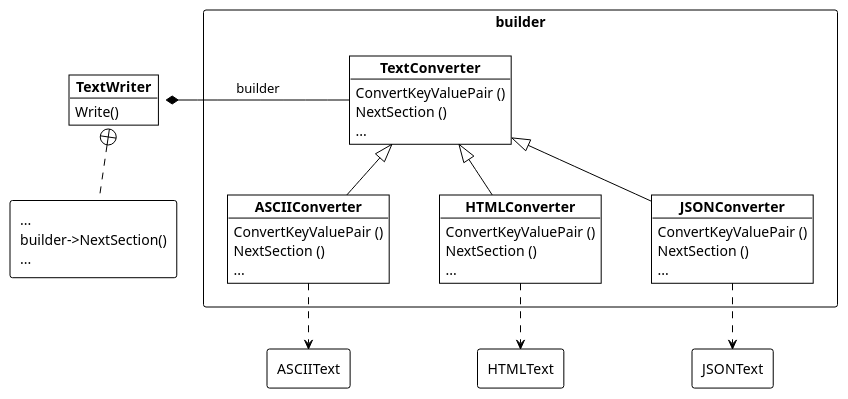
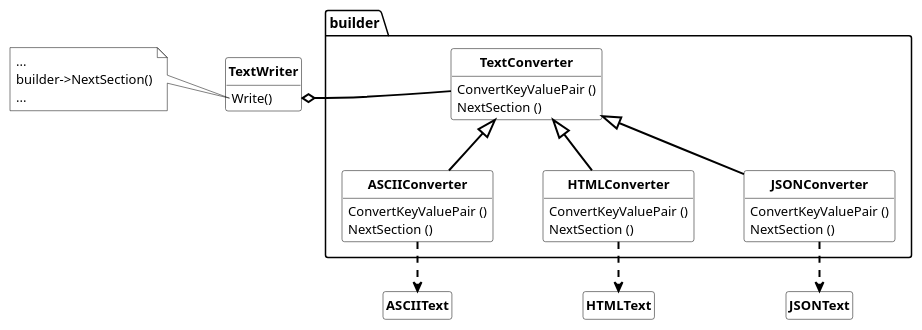
Before and after one commit to dst80/design-patterns: the second of 2 diagrams in creational_patterns/builder/builder.md, drawn with PlantUML. The commit also changed other lines of this file and 11 other files, not shown here.

````diff
--- a/creational_patterns/builder/builder.md
+++ b/creational_patterns/builder/builder.md
@@ -47,60 +67,70 @@
 ```plantuml
 @startuml builder_exmple
-!theme plain
-allowmixing
+skinparam ranksep 50
 skinparam nodesep 50
-skinparam ranksep 50
-package builder <<rectangle>> {
-    together {
-        object "**TextConverter**" as TextConverter {
-            ConvertKeyValuePair ()
-            NextSection ()
-            ...
-        }
-
-        object "**ASCIIConverter**" as ASCIIConverter {
-            ConvertKeyValuePair ()
-            NextSection ()
-            ...
-        }
-
-        object "**HTMLConverter**" as HTMLConverter {
-            ConvertKeyValuePair ()
-            NextSection ()
-            ...
-        }
-
-        object "**JSONConverter**" as JSONConverter {
-            ConvertKeyValuePair ()
-            NextSection ()
-            ...
-        }
+skinparam class {
+  FontSize 13
+  AttributeFontSize 13
+  FontStyle bold
+  BackgroundColor transparent
+  BorderColor black
+}
+skinparam arrow {
+  Color black
+  FontColor black
+  Thickness 2
+}
+skinparam note {
+  BackgroundColor transparent
+  BorderColor black
+}
+hide circle
+hide fields
+package builder {
+  class TextConverter {
+      ConvertKeyValuePair ()
+      NextSection ()
     }
 
-    TextConverter <|-- ASCIIConverter
-    TextConverter <|-- HTMLConverter
-    TextConverter <|-- JSONConverter
+    class ASCIIConverter extends TextConverter {
+        ConvertKeyValuePair ()
+        NextSection ()
+    }
+
+    class HTMLConverter extends TextConverter {
+        ConvertKeyValuePair ()
+        NextSection ()
+    }
+
+    class JSONConverter extends TextConverter {
+        ConvertKeyValuePair ()
+        NextSection ()
+    }
 }
 
-object "**TextWriter**" as TextWriter {
+class ASCIIText
+ASCIIConverter ..> ASCIIText 
+hide ASCIIText members
+
+class HTMLText
+HTMLConverter ..> HTMLText 
+hide HTMLText members
+
+class JSONText
+JSONConverter ..> JSONText 
+hide JSONText members
+
+class "**TextWriter**" as TextWriter {
     Write()
 }
+note left of TextWriter::Write
+...
+builder->NextSection()
+...
+end note
+
+TextWriter::Write o-l TextConverter
 
 
-rectangle "...\nbuilder->NextSection()\n..." as Execution
-TextWriter +.. Execution 
-
-
-rectangle ASCIIText
-ASCIIConverter ..> ASCIIText 
-
-rectangle HTMLText
-HTMLConverter ..> HTMLText 
-
-rectangle JSONText
-JSONConverter ..> JSONText 
-
-
-TextWriter::Parse *- TextConverter : builder
 @enduml
 ```
````
